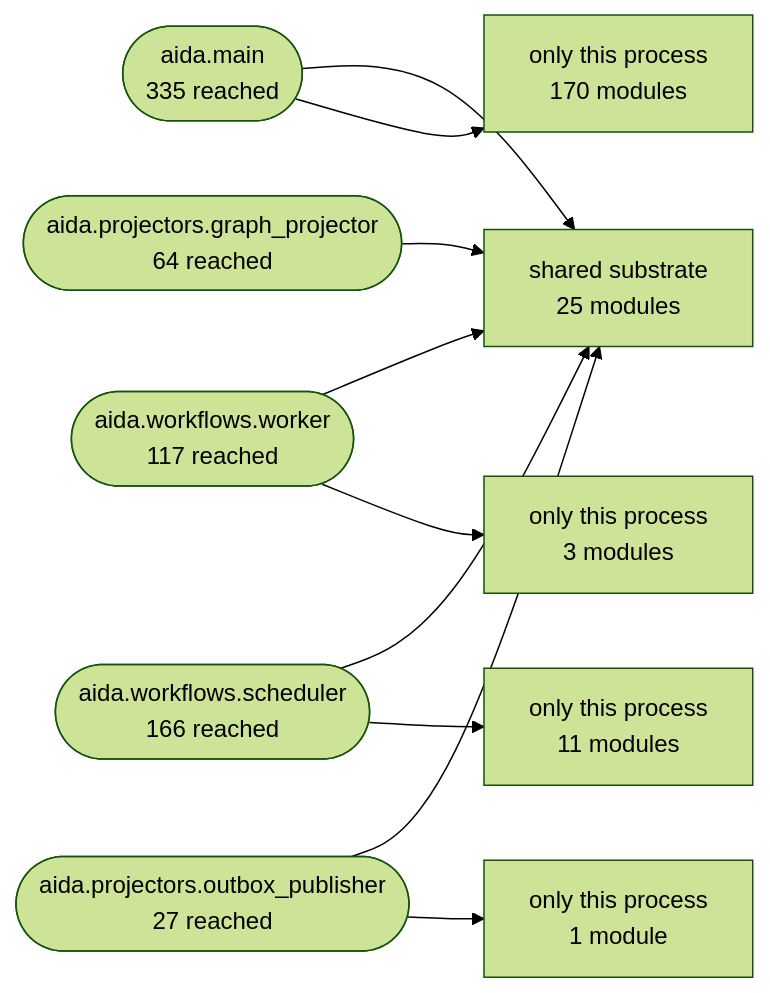
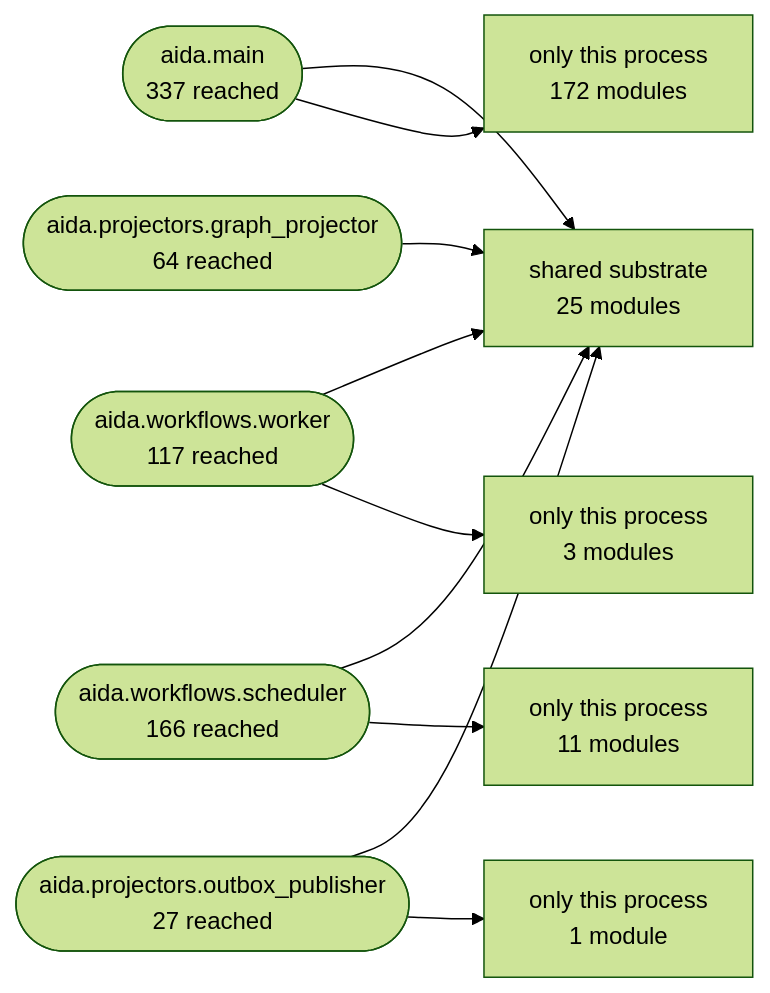
Before and after one commit to karuppusamym/AIDataAnalyst: the second of 3 diagrams in Docs/10-architecture/14-generated-architecture-map.md, drawn with Mermaid (forest theme). The commit also changed other lines of this file and 18 other files, not shown here.

````diff
--- a/Docs/10-architecture/14-generated-architecture-map.md
+++ b/Docs/10-architecture/14-generated-architecture-map.md
@@ -172,22 +172,22 @@
 ```mermaid
 graph LR
   shared["shared substrate<br/>25 modules"]
-  aida_main(["aida.main<br/>335 reached"])
+  aida_main(["aida.main<br/>337 reached"])
   aida_workflows_worker(["aida.workflows.worker<br/>117 reached"])
   aida_workflows_scheduler(["aida.workflows.scheduler<br/>166 reached"])
   aida_projectors_graph_projector(["aida.projectors.graph_projector<br/>64 reached"])
   aida_projectors_outbox_publisher(["aida.projectors.outbox_publisher<br/>27 reached"])
   aida_main --> shared
-  only_aida_main["only this process<br/>170 modules"]
+  only_aida_main["only this process<br/>172 modules"]
   aida_main --> only_aida_main
   aida_workflows_worker --> shared
   only_aida_workflows_worker["only this process<br/>3 modules"]
   aida_workflows_worker --> only_aida_workflows_worker
   aida_workflows_scheduler --> shared
   only_aida_workflows_scheduler["only this process<br/>11 modules"]
   aida_workflows_scheduler --> only_aida_workflows_scheduler
   aida_projectors_graph_projector --> shared
   aida_projectors_outbox_publisher --> shared
   only_aida_projectors_outbox_publisher["only this process<br/>1 module"]
   aida_projectors_outbox_publisher --> only_aida_projectors_outbox_publisher
 ```
````
